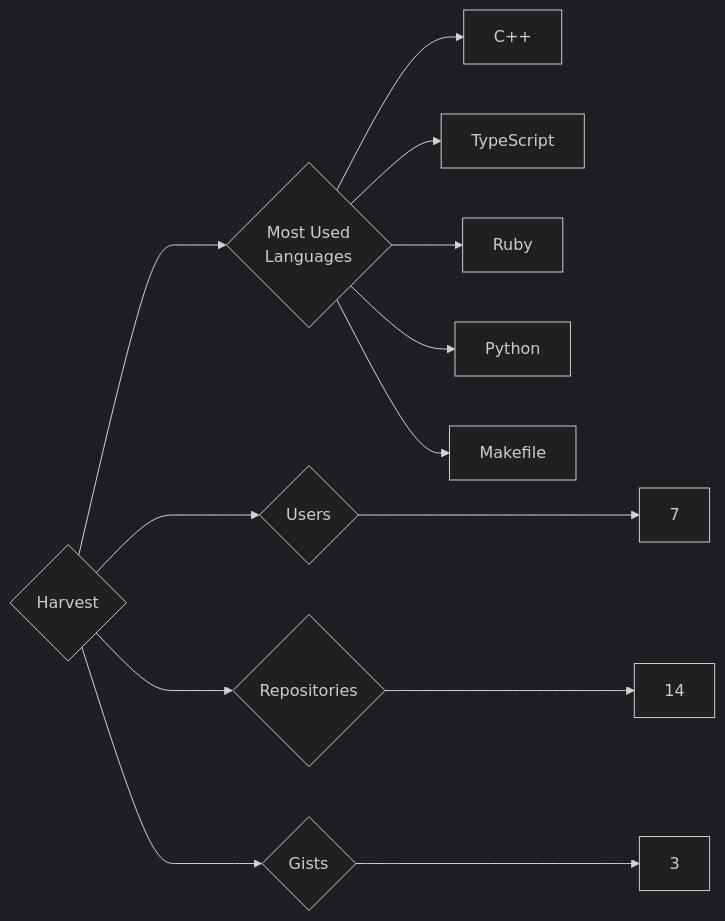
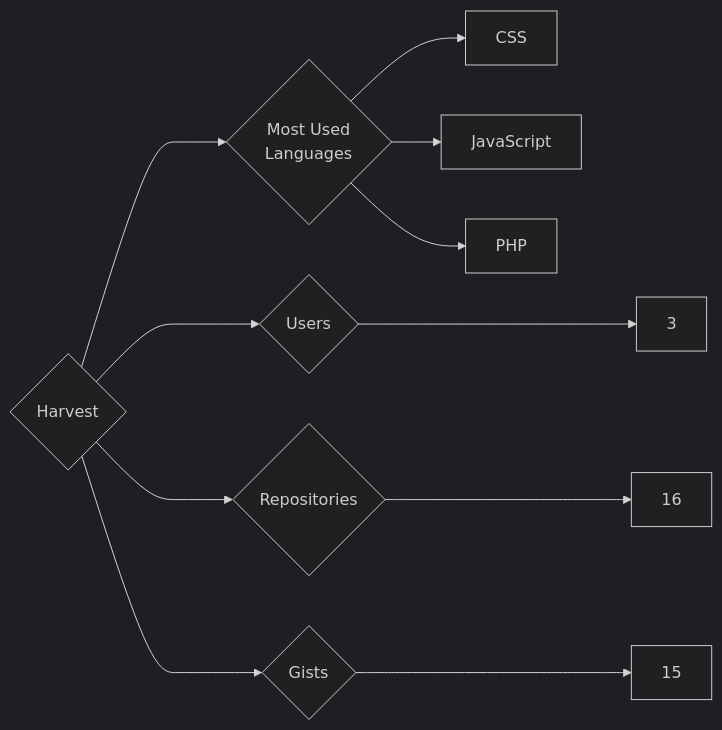
The diagram in targets/Harvest/README.md (trickest/insiders), drawn with Mermaid (dark theme) before and after one commit. The commit also changed 916 other files, not shown here.

````diff
--- a/targets/Harvest/README.md
+++ b/targets/Harvest/README.md
@@ -3,13 +3,11 @@
 ```mermaid
 graph LR
 COMPANY_NAME{Harvest}
-COMPANY_NAME ---> U{Users} ---> UN[7]
-COMPANY_NAME ---> R{Repositories} ---> RN[14]
-COMPANY_NAME ---> G{Gists} ---> GN[3]
+COMPANY_NAME ---> U{Users} ---> UN[3]
+COMPANY_NAME ---> R{Repositories} ---> RN[16]
+COMPANY_NAME ---> G{Gists} ---> GN[15]
 COMPANY_NAME ---> ML{Most Used<br>Languages}
-ML --> C++[C++]
-ML --> TypeScript[TypeScript]
-ML --> Ruby[Ruby]
-ML --> Python[Python]
-ML --> Makefile[Makefile]
+ML --> CSS[CSS]
+ML --> JavaScript[JavaScript]
+ML --> PHP[PHP]
 ```
````
